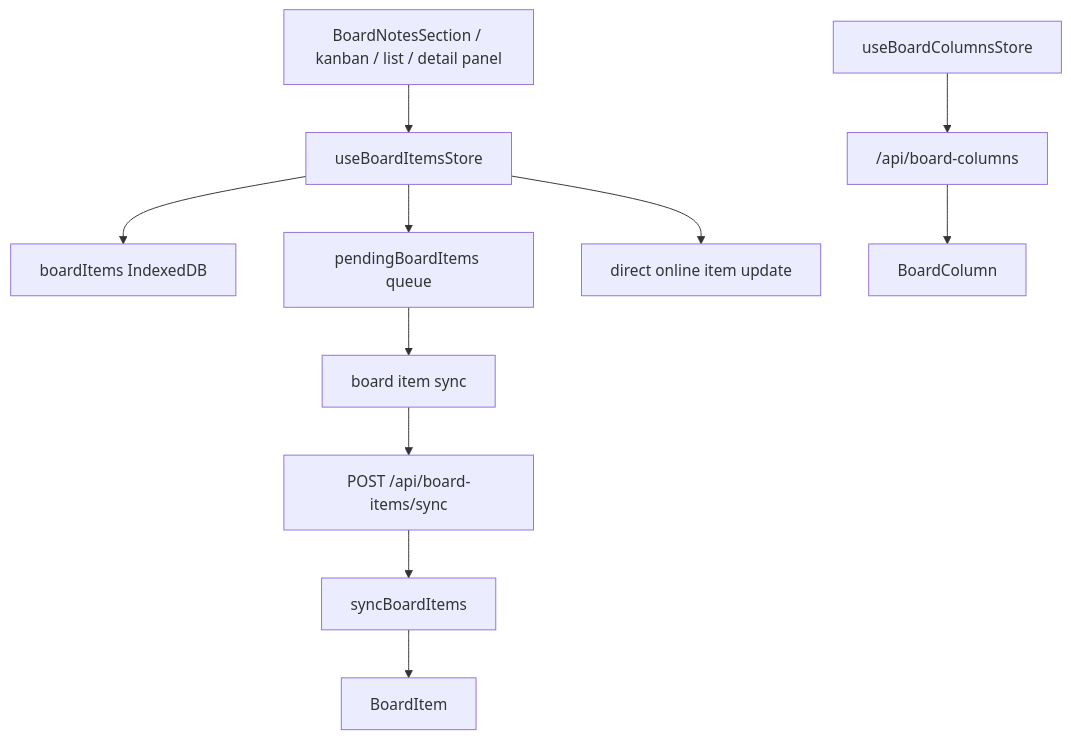
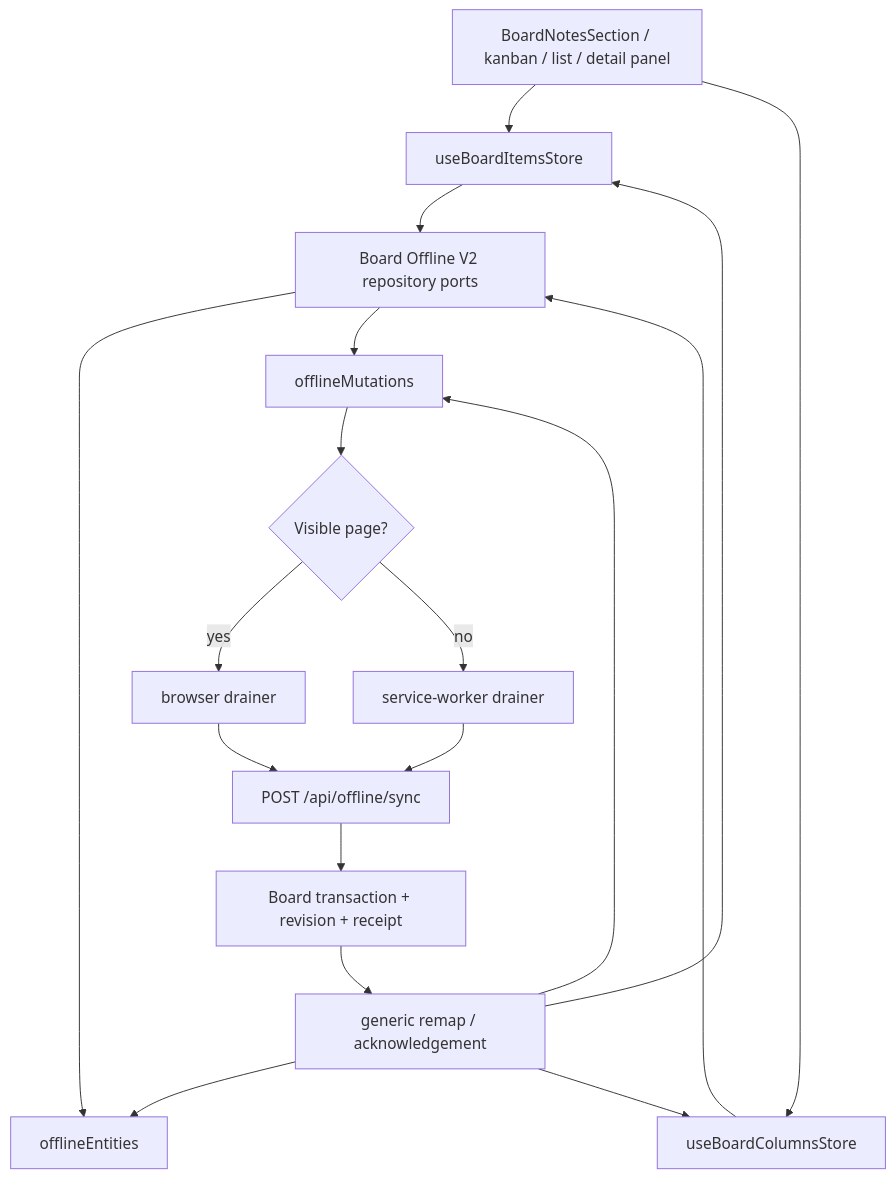
Before and after one commit to AM-Saad/CleverAI: the sixth of 15 diagrams in docs/MODULE_SYSTEM_DIAGRAMS.md, drawn with Mermaid. The commit also changed other lines of this file and 99 other files, not shown here.

````diff
--- a/docs/MODULE_SYSTEM_DIAGRAMS.md
+++ b/docs/MODULE_SYSTEM_DIAGRAMS.md
@@ -123,14 +125,20 @@
 ```mermaid
 flowchart TD
   BoardUI["BoardNotesSection / kanban / list / detail panel"] --> ItemStore["useBoardItemsStore"]
-  ItemStore --> ItemIDB["boardItems IndexedDB"]
-  ItemStore --> Pending["pendingBoardItems queue"]
-  ItemStore --> OnlineMutation["direct online item update"]
-  Pending --> Sync["board item sync"]
-  Sync --> Api["POST /api/board-items/sync"]
-  Api --> App["syncBoardItems"]
-  App --> PrismaItems["BoardItem"]
-
-  ColumnStore["useBoardColumnsStore"] --> ColumnApi["/api/board-columns"]
-  ColumnApi --> PrismaColumns["BoardColumn"]
+  BoardUI --> ColumnStore["useBoardColumnsStore"]
+  ItemStore --> Repo["Board Offline V2 repository ports"]
+  ColumnStore --> Repo
+  Repo --> Entities["offlineEntities"]
+  Repo --> Outbox["offlineMutations"]
+  Outbox --> Owner{"Visible page?"}
+  Owner -->|"yes"| Browser["browser drainer"]
+  Owner -->|"no"| Worker["service-worker drainer"]
+  Browser --> Api["POST /api/offline/sync"]
+  Worker --> Api
+  Api --> Domain["Board transaction + revision + receipt"]
+  Domain --> Ack["generic remap / acknowledgement"]
+  Ack --> Entities
+  Ack --> Outbox
+  Ack --> ItemStore
+  Ack --> ColumnStore
 ```
````
